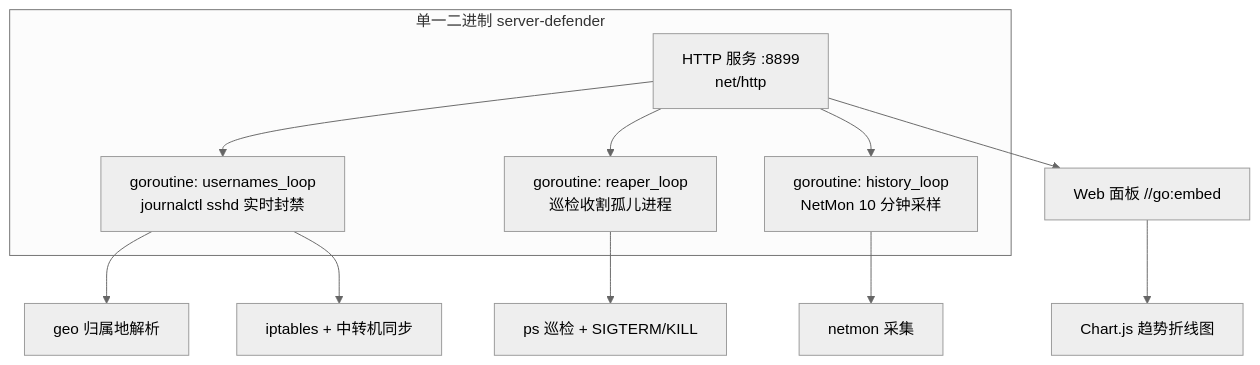
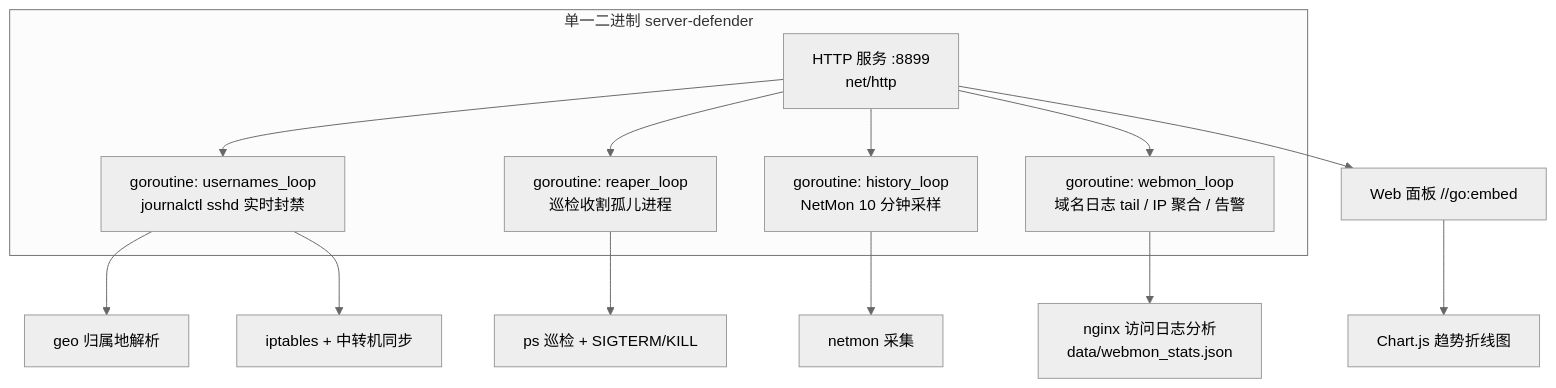
The diagram in README.md (ptrel1/server-defender), drawn with Mermaid (neutral theme) before and after one commit. The commit also changed other lines of this file and 13 other files, not shown here.

````diff
--- a/README.md
+++ b/README.md
@@ -27,16 +29,18 @@
 ```mermaid
 graph TB
     subgraph 单一二进制 server-defender
         A[HTTP 服务 :8899<br/>net/http]
         B[goroutine: usernames_loop<br/>journalctl sshd 实时封禁]
         C[goroutine: reaper_loop<br/>巡检收割孤儿进程]
         D[goroutine: history_loop<br/>NetMon 10 分钟采样]
-        A --> B & C & D
+        W[goroutine: webmon_loop<br/>域名日志 tail / IP 聚合 / 告警]
+        A --> B & C & D & W
     end
     A --> E[Web 面板 //go:embed]
     B --> F[geo 归属地解析]
     B --> G[iptables + 中转机同步]
     C --> H[ps 巡检 + SIGTERM/KILL]
     D --> I[netmon 采集]
+    W --> K[nginx 访问日志分析<br/>data/webmon_stats.json]
     E --> J[Chart.js 趋势折线图]
 ```
````
